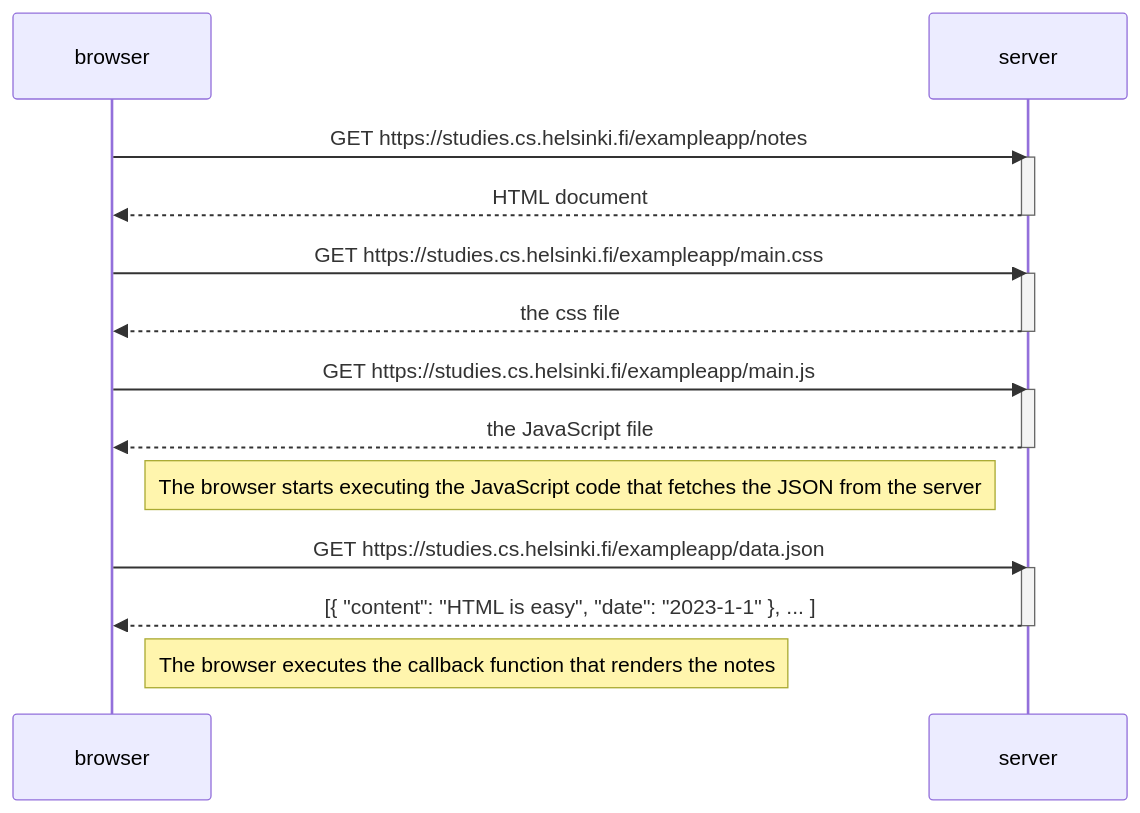
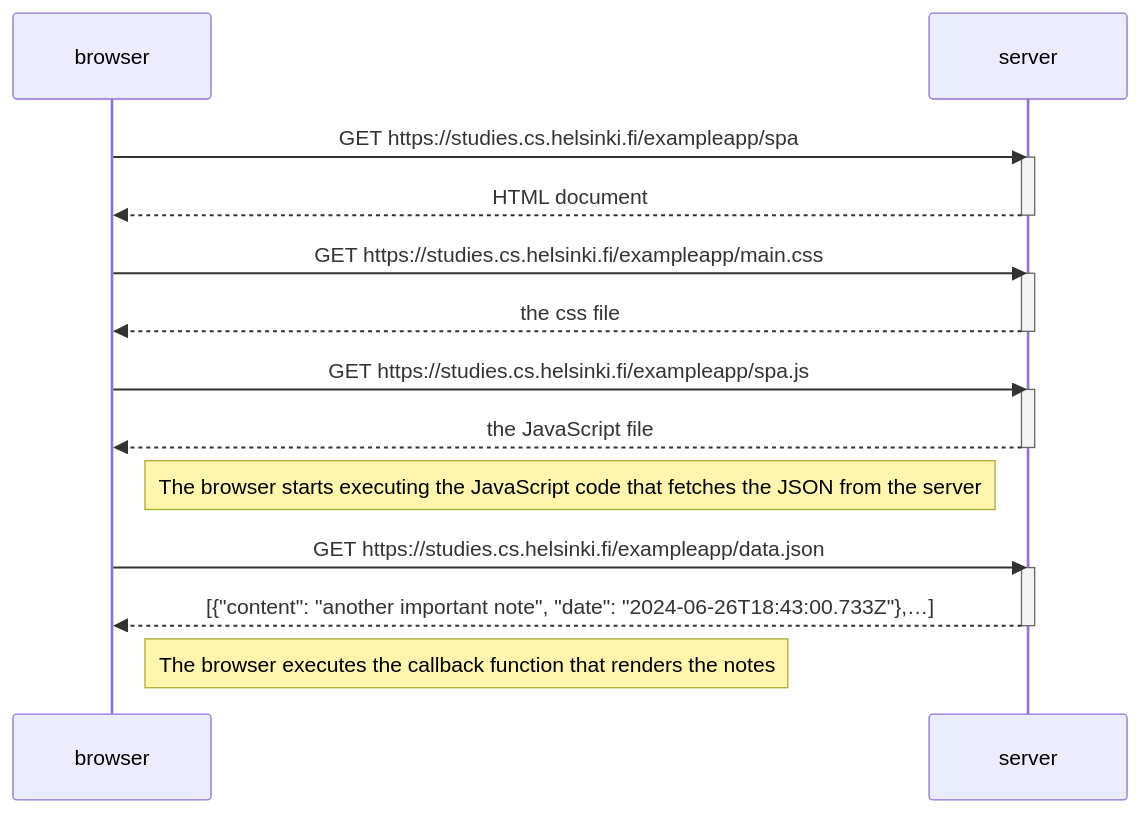
Before and after one commit to kevintannn/fs-open-submission: the diagram in part0/0.5_single_page_app_diagram.mermaid, drawn with Mermaid.

```diff
--- a/part0/0.5_single_page_app_diagram.mermaid
+++ b/part0/0.5_single_page_app_diagram.mermaid
@@ -1,27 +1,27 @@
 sequenceDiagram
     participant browser
     participant server
 
-    browser->>server: GET https://studies.cs.helsinki.fi/exampleapp/notes
+    browser->>server: GET https://studies.cs.helsinki.fi/exampleapp/spa
     activate server
     server-->>browser: HTML document
     deactivate server
 
     browser->>server: GET https://studies.cs.helsinki.fi/exampleapp/main.css
     activate server
     server-->>browser: the css file
     deactivate server
 
-    browser->>server: GET https://studies.cs.helsinki.fi/exampleapp/main.js
+    browser->>server: GET https://studies.cs.helsinki.fi/exampleapp/spa.js
     activate server
     server-->>browser: the JavaScript file
     deactivate server
 
     Note right of browser: The browser starts executing the JavaScript code that fetches the JSON from the server
 
     browser->>server: GET https://studies.cs.helsinki.fi/exampleapp/data.json
     activate server
-    server-->>browser: [{ "content": "HTML is easy", "date": "2023-1-1" }, ... ]
+    server-->>browser: [{"content": "another important note", "date": "2024-06-26T18:43:00.733Z"},…]
     deactivate server
 
     Note right of browser: The browser executes the callback function that renders the notes
```
